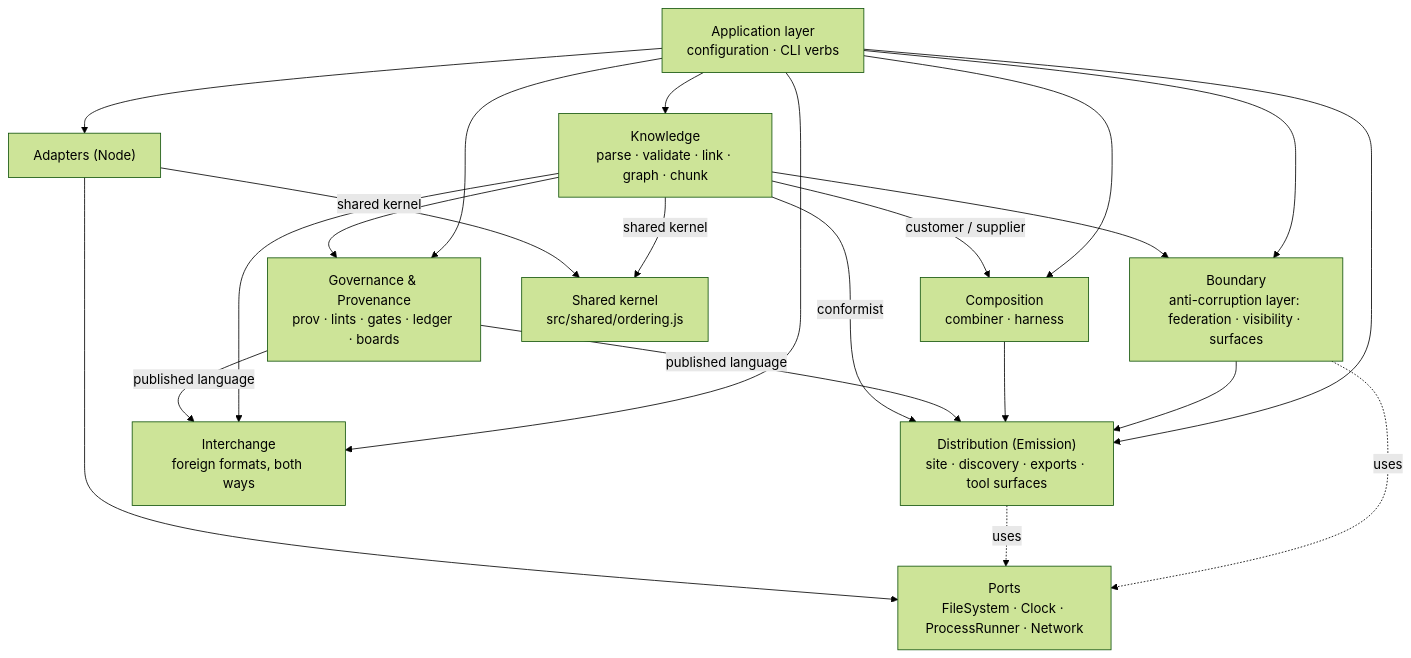
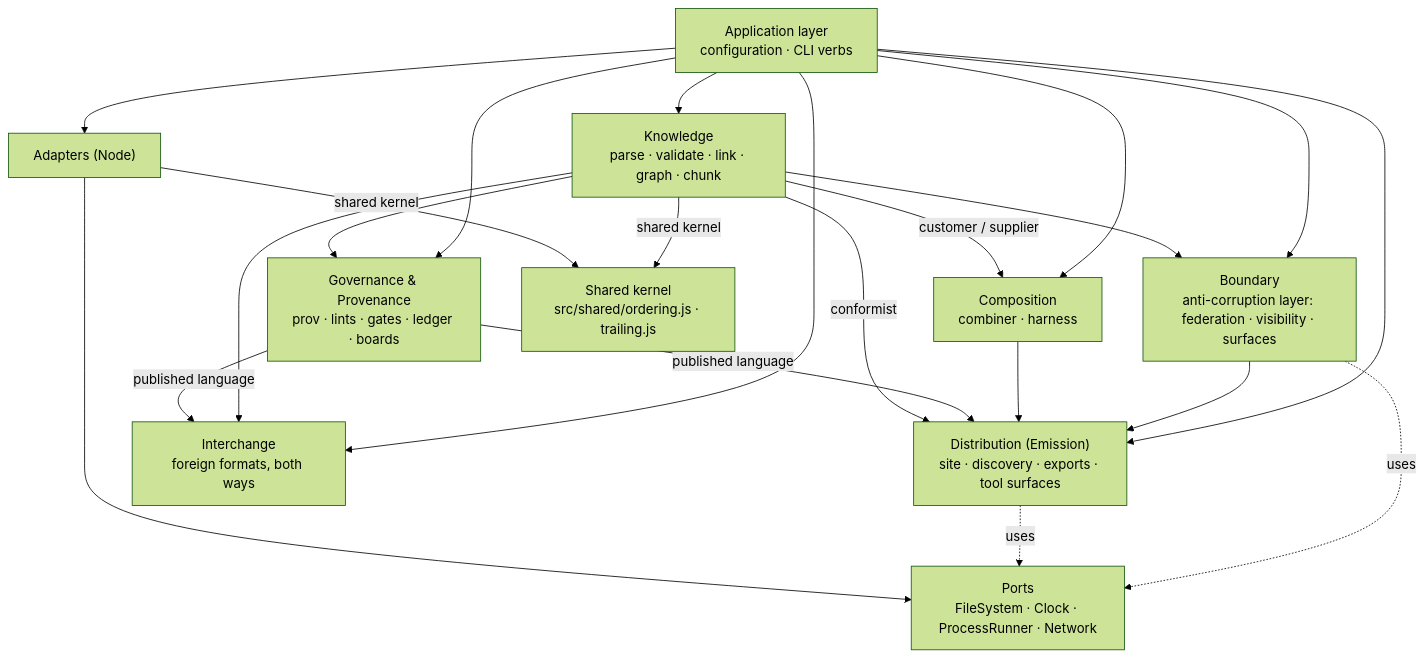
Before and after one commit to andreibesleaga/agentic-system-core: the diagram in src/README.md, drawn with Mermaid (forest theme). The commit also changed other lines of this file and 63 other files, not shown here.

Commit message:
1.0.0 work, wave W5: a linear-time trailing-slash trim shared by the engine and its release tool, code comments without drafting dates or old version lines, and test names without review labels

````diff
--- a/src/README.md
+++ b/src/README.md
@@ -50,35 +50,35 @@
 ```mermaid
 flowchart TD
   K["Knowledge<br/>parse · validate · link · graph · chunk"]
   G["Governance &amp; Provenance<br/>prov · lints · gates · ledger · boards"]
   C["Composition<br/>combiner · harness"]
   D["Distribution (Emission)<br/>site · discovery · exports · tool surfaces"]
   B["Boundary<br/>anti-corruption layer: federation · visibility · surfaces"]
   I["Interchange<br/>foreign formats, both ways"]
   A["Application layer<br/>configuration · CLI verbs"]
   P["Ports<br/>FileSystem · Clock · ProcessRunner · Network"]
   AD["Adapters (Node)"]
-  S["Shared kernel<br/>src/shared/ordering.js"]
+  S["Shared kernel<br/>src/shared/ordering.js · trailing.js"]
 
   K -->|conformist| D
   K -->|customer / supplier| C
   G -->|published language| D
   G -->|published language| I
   C --> D
   B --> D
   K --> G
   K --> B
   K --> I
   A --> K
   A --> G
   A --> C
   A --> D
   A --> B
   A --> I
   A --> AD
   AD --> P
   AD -->|shared kernel| S
   K -->|shared kernel| S
   D -.uses.-> P
   B -.uses.-> P
 ```
````
